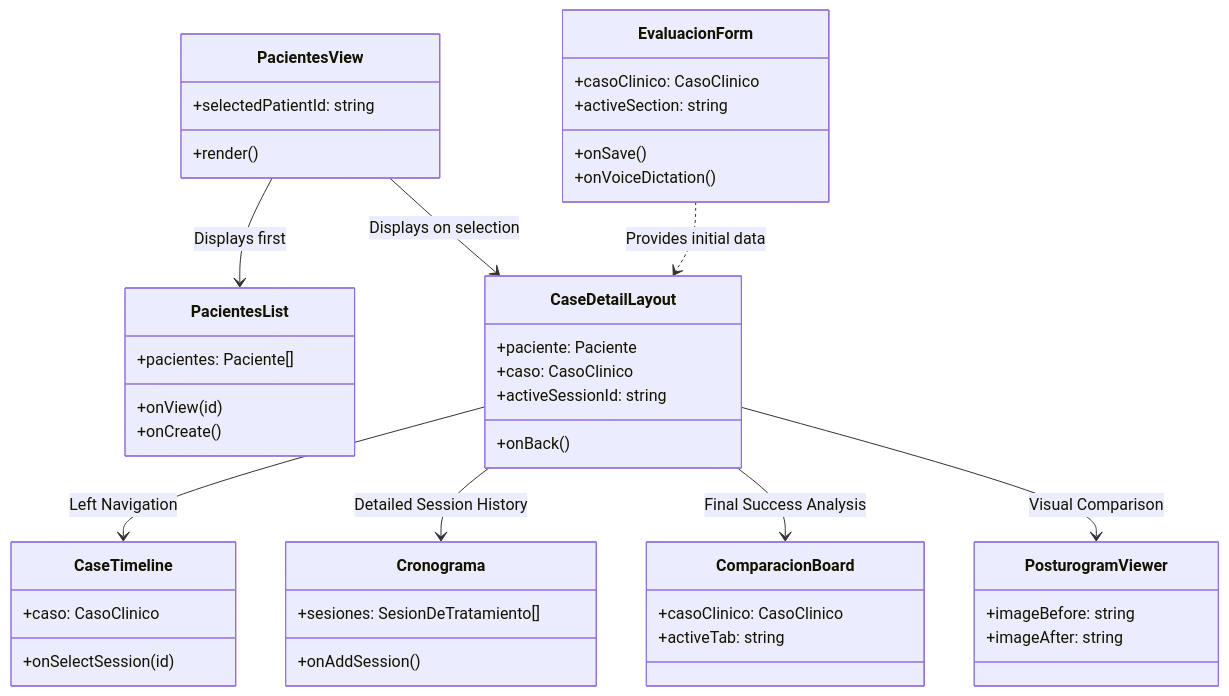
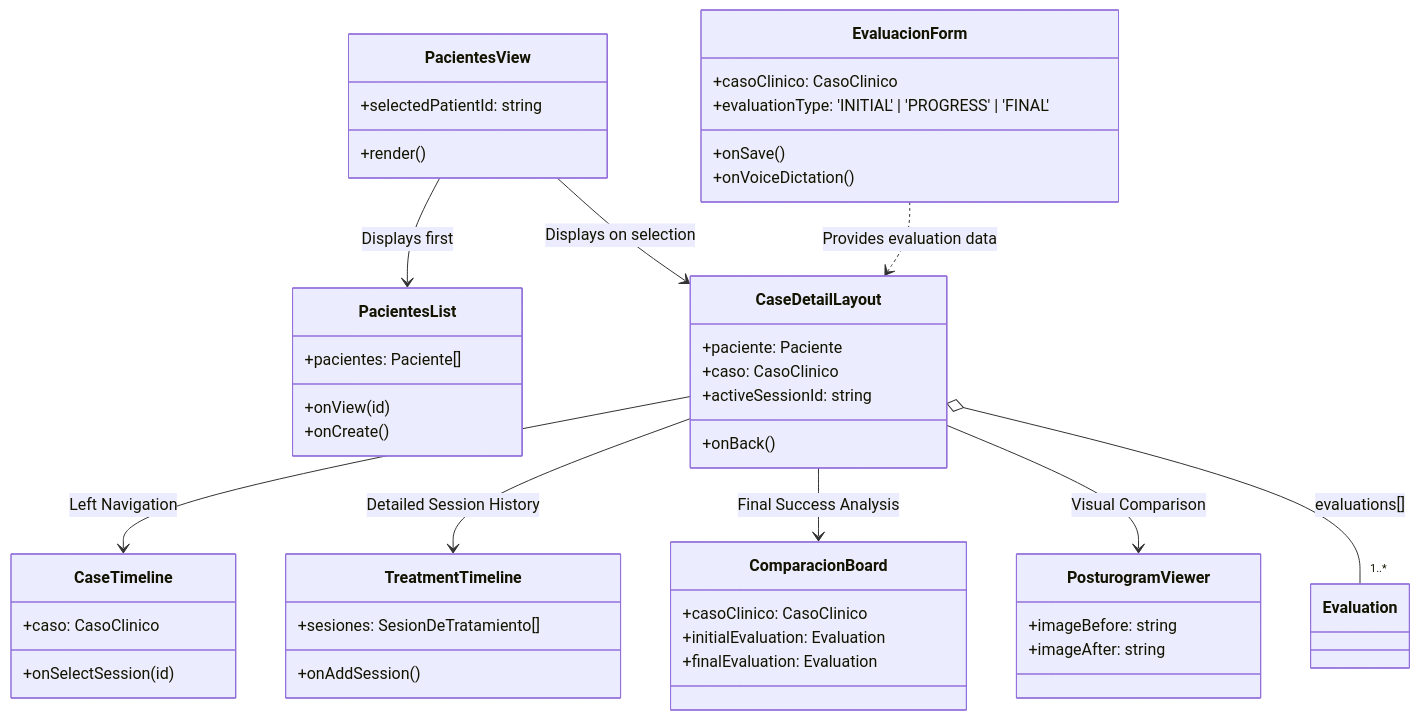
One commit to figuedmundo/mamirri-app changed the first of 2 diagrams in .documentation/technical/PACIENTES_FLOW.md. Above: the diagram before and after it, drawn with Mermaid. The commit also changed other lines of this file and 23 other files, not shown here.

First line of the commit message:
feat(client): migrate ClinicalCase evaluation to 1:N evaluations array

````diff
--- a/.documentation/technical/PACIENTES_FLOW.md
+++ b/.documentation/technical/PACIENTES_FLOW.md
@@ -9,55 +42,57 @@
 ```mermaid
 classDiagram
     class PacientesView {
         +selectedPatientId: string
         +render()
     }
 
     class PacientesList {
         +pacientes: Paciente[]
         +onView(id)
         +onCreate()
     }
 
     class CaseDetailLayout {
         +paciente: Paciente
         +caso: CasoClinico
         +activeSessionId: string
         +onBack()
     }
 
     class CaseTimeline {
         +caso: CasoClinico
         +onSelectSession(id)
     }
 
-    class Cronograma {
+    class TreatmentTimeline {
         +sesiones: SesionDeTratamiento[]
         +onAddSession()
     }
 
     class ComparacionBoard {
         +casoClinico: CasoClinico
-        +activeTab: string
+        +initialEvaluation: Evaluation
+        +finalEvaluation: Evaluation
     }
 
     class PosturogramViewer {
         +imageBefore: string
         +imageAfter: string
     }
 
     class EvaluacionForm {
         +casoClinico: CasoClinico
-        +activeSection: string
+        +evaluationType: 'INITIAL' | 'PROGRESS' | 'FINAL'
         +onSave()
         +onVoiceDictation()
     }
 
     PacientesView --> PacientesList : Displays first
     PacientesView --> CaseDetailLayout : Displays on selection
     CaseDetailLayout --> CaseTimeline : Left Navigation
-    CaseDetailLayout --> Cronograma : Detailed Session History
+    CaseDetailLayout --> TreatmentTimeline : Detailed Session History
     CaseDetailLayout --> ComparacionBoard : Final Success Analysis
     CaseDetailLayout --> PosturogramViewer : Visual Comparison
-    EvaluacionForm ..> CaseDetailLayout : Provides initial data
+    EvaluacionForm ..> CaseDetailLayout : Provides evaluation data
+    CaseDetailLayout o-- "1..*" Evaluation : evaluations[]
 ```
````
